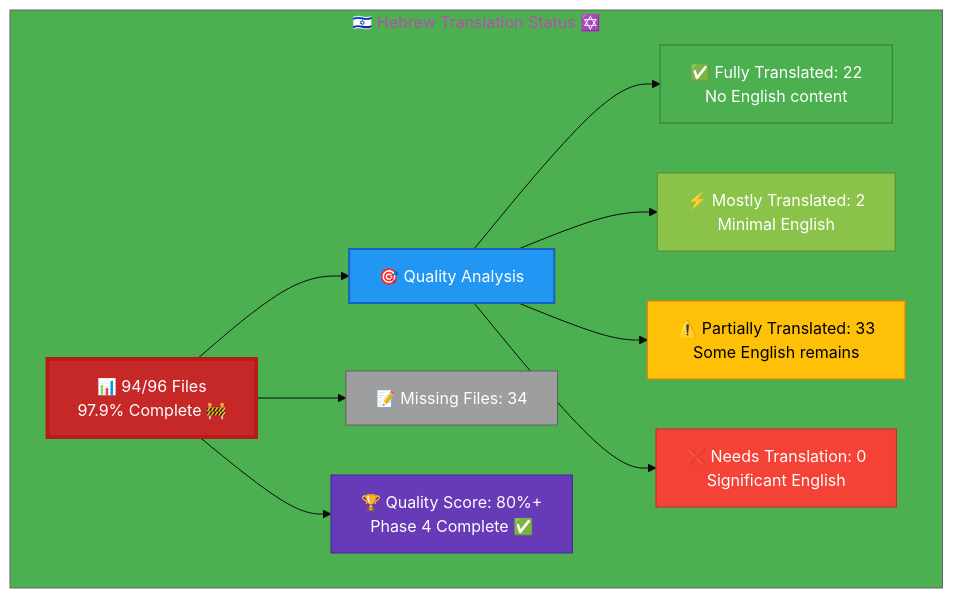
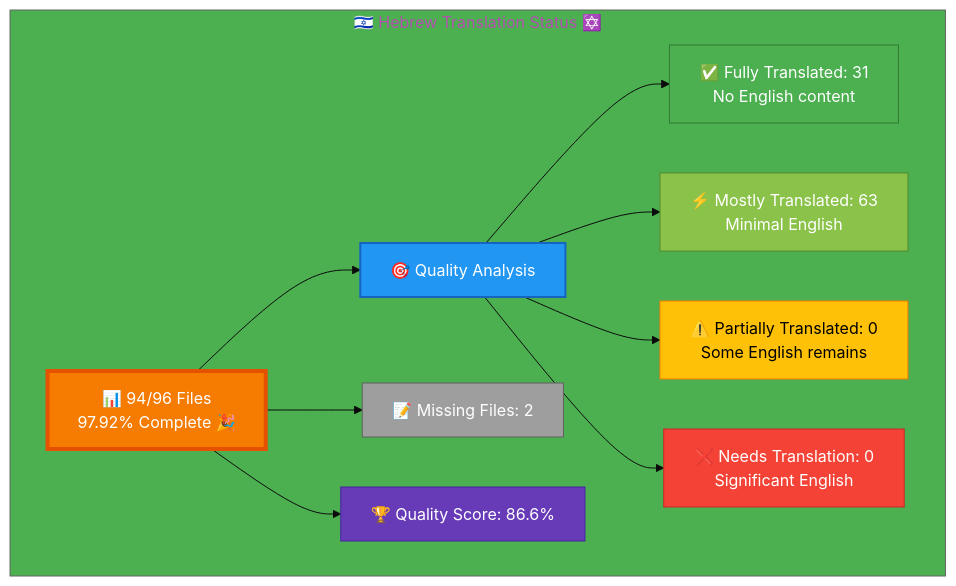
One commit to Hack23/homepage changed the diagram in Hebrew-Translation-Status.md. Above: the diagram before and after it, drawn with Mermaid. The commit also changed other lines of this file and 9 other files, not shown here.

````diff
--- a/Hebrew-Translation-Status.md
+++ b/Hebrew-Translation-Status.md
@@ -14,26 +13,26 @@
 ```mermaid
-%%{init: {'theme':'base', 'themeVariables': {'primaryColor':'#C62828','secondaryColor':'#2196F3','tertiaryColor':'#4CAF50','fontSize':'16px'}}}%%
+%%{init: {'theme':'base', 'themeVariables': {'primaryColor':'#F57C00','secondaryColor':'#2196F3','tertiaryColor':'#4CAF50','fontSize':'16px'}}}%%
 graph TB
     subgraph "🇮🇱 Hebrew Translation Status ✡️"
-        A["📊 94/96 Files<br/>97.9% Complete 🚧"]
+        A["📊 94/96 Files<br/>97.92% Complete 🎉"]
         
         A --> B["🎯 Quality Analysis"]
-        B --> C["✅ Fully Translated: 22<br/>No English content"]
-        B --> D["⚡ Mostly Translated: 2<br/>Minimal English"]
-        B --> E["⚠️  Partially Translated: 33<br/>Some English remains"]
+        B --> C["✅ Fully Translated: 31<br/>No English content"]
+        B --> D["⚡ Mostly Translated: 63<br/>Minimal English"]
+        B --> E["⚠️  Partially Translated: 0<br/>Some English remains"]
         B --> F["❌ Needs Translation: 0<br/>Significant English"]
         
-        A --> G["📝 Missing Files: 34"]
+        A --> G["📝 Missing Files: 2"]
         
-        A --> H["🏆 Quality Score: 80%+<br/>Phase 4 Complete ✅"]
+        A --> H["🏆 Quality Score: 86.6%"]
         
-        style A fill:#C62828,stroke:#B71C1C,color:#fff,stroke-width:4px
+        style A fill:#F57C00,stroke:#E65100,color:#fff,stroke-width:4px
         style B fill:#2196F3,stroke:#1565C0,color:#fff,stroke-width:2px
         style C fill:#4CAF50,stroke:#2E7D32,color:#fff
         style D fill:#8BC34A,stroke:#558B2F,color:#fff
         style E fill:#FFC107,stroke:#F57C00,color:#000
         style F fill:#F44336,stroke:#C62828,color:#fff
         style G fill:#9E9E9E,stroke:#616161,color:#fff
         style H fill:#673AB7,stroke:#4527A0,color:#fff
     end
 ```
````
